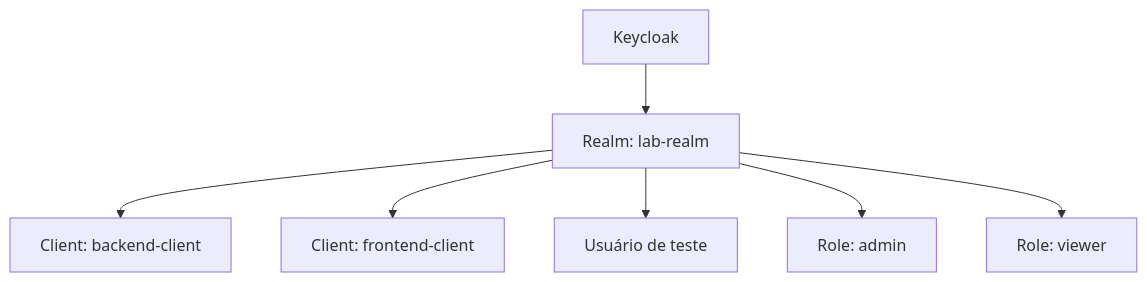
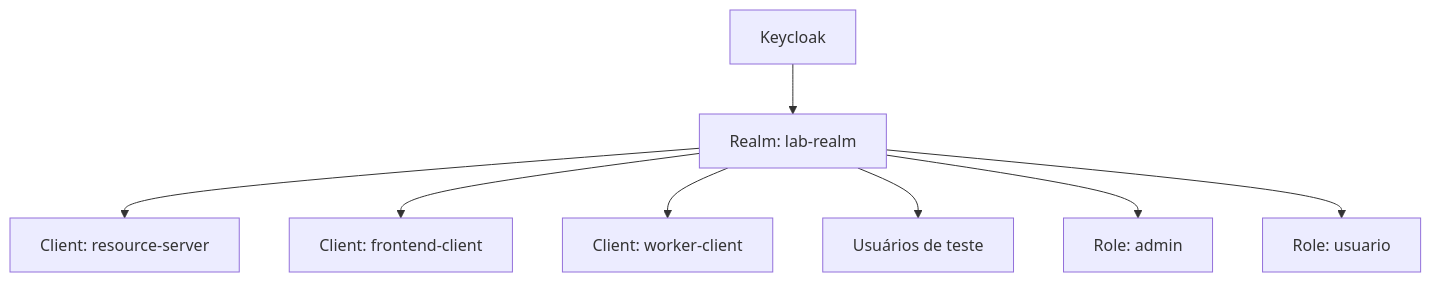
The third of 6 diagrams in README.md (RhuanCSG/oauth-keycloak-lab), drawn with Mermaid before and after one commit. The commit also changed other lines of this file and 24 other files, not shown here.

````diff
--- a/README.md
+++ b/README.md
@@ -152,11 +127,11 @@
 ```mermaid
 graph TD
     KC[Keycloak]
-
     KC --> R[Realm: lab-realm]
-    R --> C1[Client: backend-client]
+    R --> C1[Client: resource-server]
     R --> C2[Client: frontend-client]
-    R --> U[Usuário de teste]
+    R --> C3[Client: worker-client]
+    R --> U[Usuários de teste]
     R --> RO1[Role: admin]
-    R --> RO2[Role: viewer]
+    R --> RO2[Role: usuario]
 ```
````
